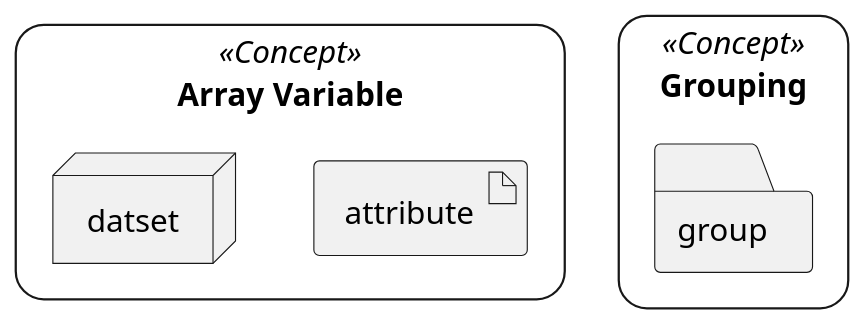
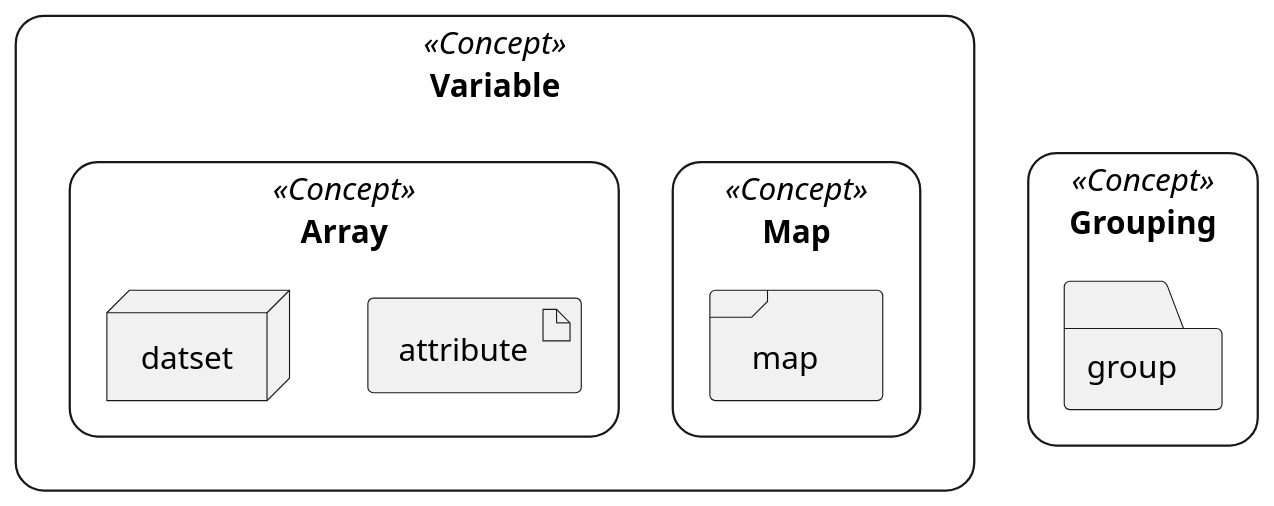
One commit to gheber/literate-hdf5 changed the fifth of 6 diagrams in hdf5-intro.org. Above: the diagram before and after it, drawn with PlantUML. The commit also changed other lines of this file and 4 other files, not shown here.

```diff
--- a/hdf5-intro.org
+++ b/hdf5-intro.org
@@ -281,15 +325,20 @@
 #+begin_src plantuml :file img/hdf5-primitives.png :exports results
 scale 1.5
 skinparam rectangle {
     roundCorner<<Concept>> 25
 }
 
-rectangle "Array Variable" <<Concept>> {
-  artifact " attribute "
-  node "datset"
+rectangle "Variable" <<Concept>> {
+  rectangle "Map" <<Concept>> {
+    frame " map "
+  }
+  rectangle "Array" <<Concept>> {
+    artifact " attribute "
+    node "datset"
+  }
 }
 
 rectangle "Grouping" <<Concept>> {
   folder "group"
 }
 #+end_src
```
